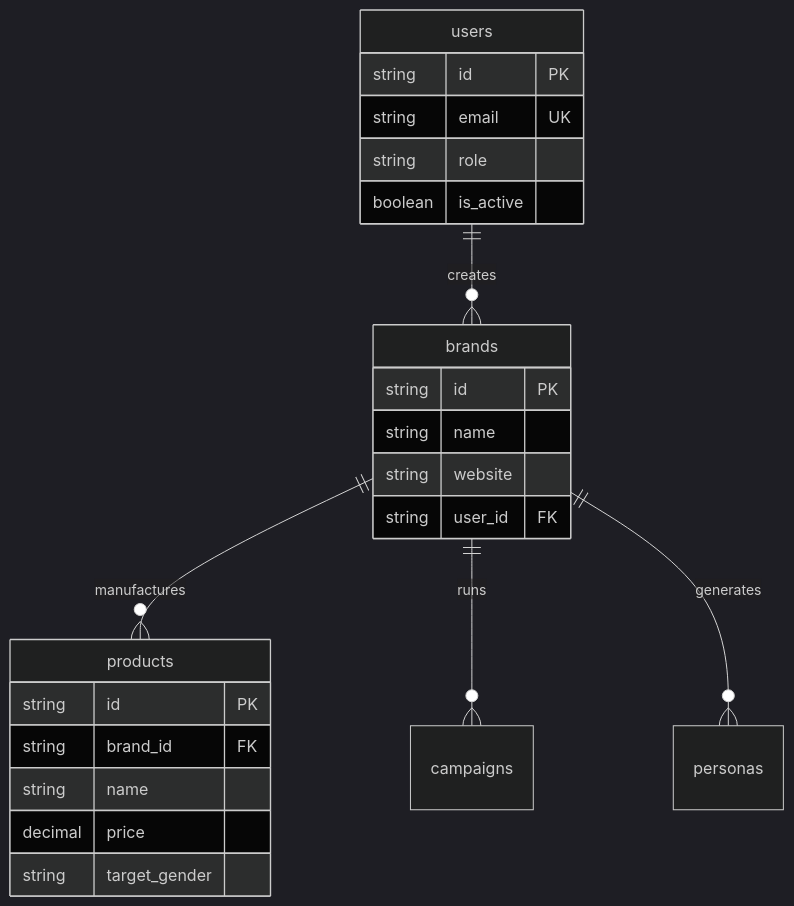
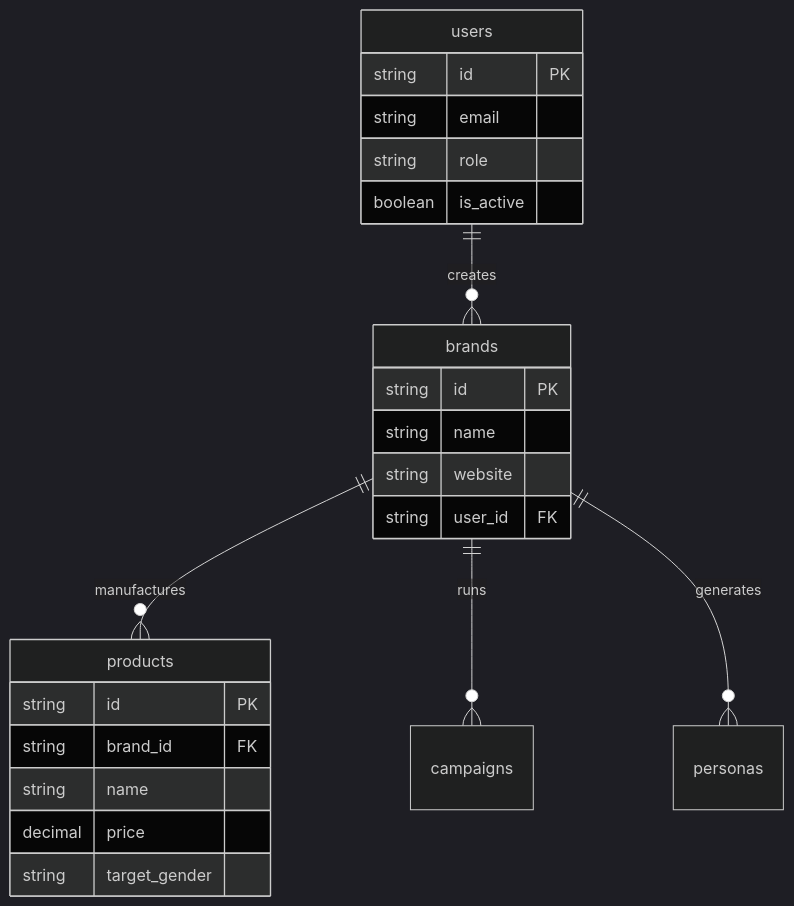
Before and after one commit to seungwonme/smartclassbot: the ninth of 18 diagrams in docs/heongyuham/byCursor/circlue_db_design.md, drawn with Mermaid (dark theme). The commit also changed other lines of this file, not shown here.

````diff
--- a/docs/heongyuham/byCursor/circlue_db_design.md
+++ b/docs/heongyuham/byCursor/circlue_db_design.md
@@ -390,29 +390,29 @@
 ```mermaid
 erDiagram
     users ||--o{ brands : "creates"
     brands ||--o{ products : "manufactures"
     brands ||--o{ campaigns : "runs"
     brands ||--o{ personas : "generates"
 
     users {
         string id PK
-        string email UK
+        string email
         string role
         boolean is_active
     }
 
     brands {
         string id PK
         string name
         string website
         string user_id FK
     }
 
     products {
         string id PK
         string brand_id FK
         string name
         decimal price
         string target_gender
     }
 ```
````
